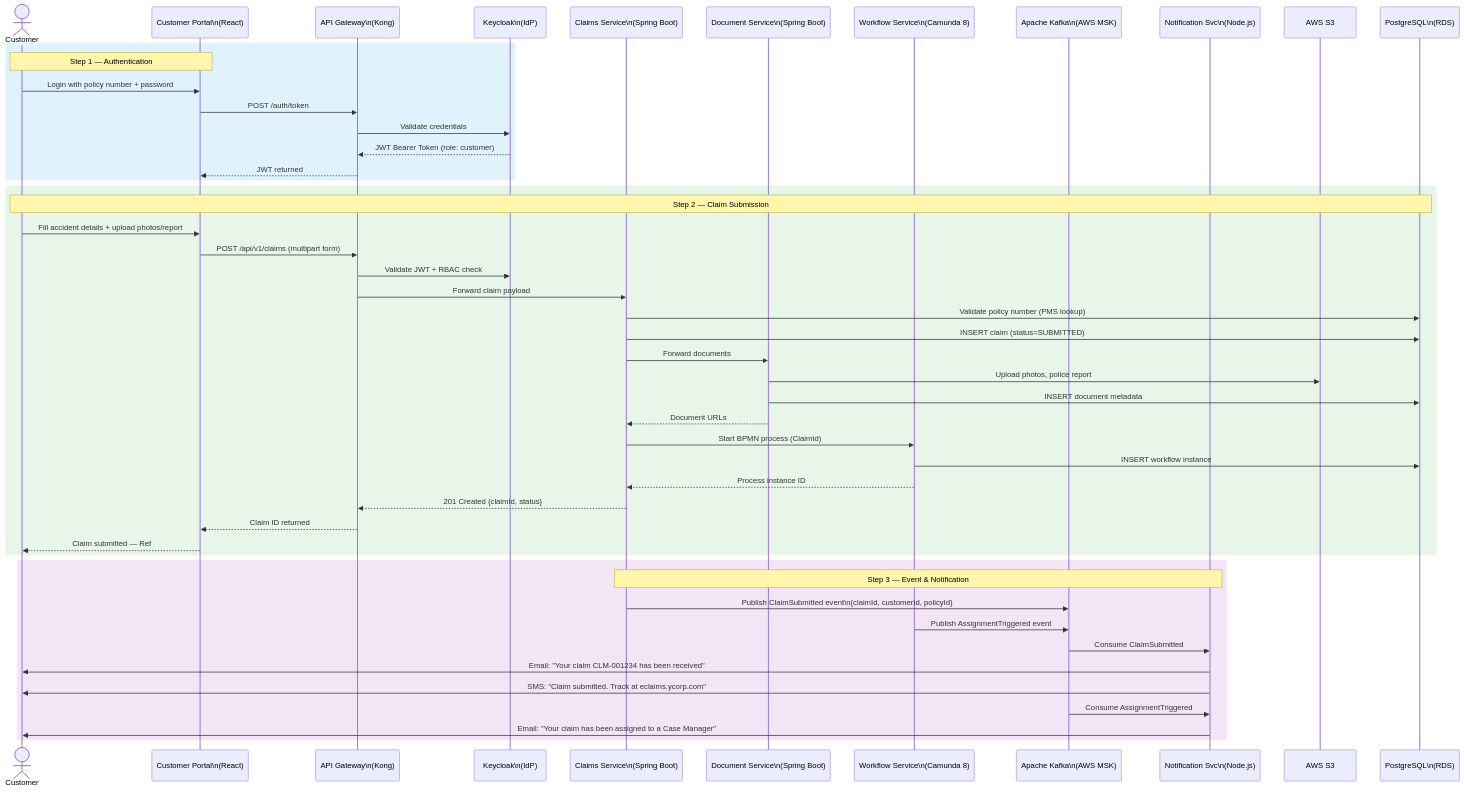
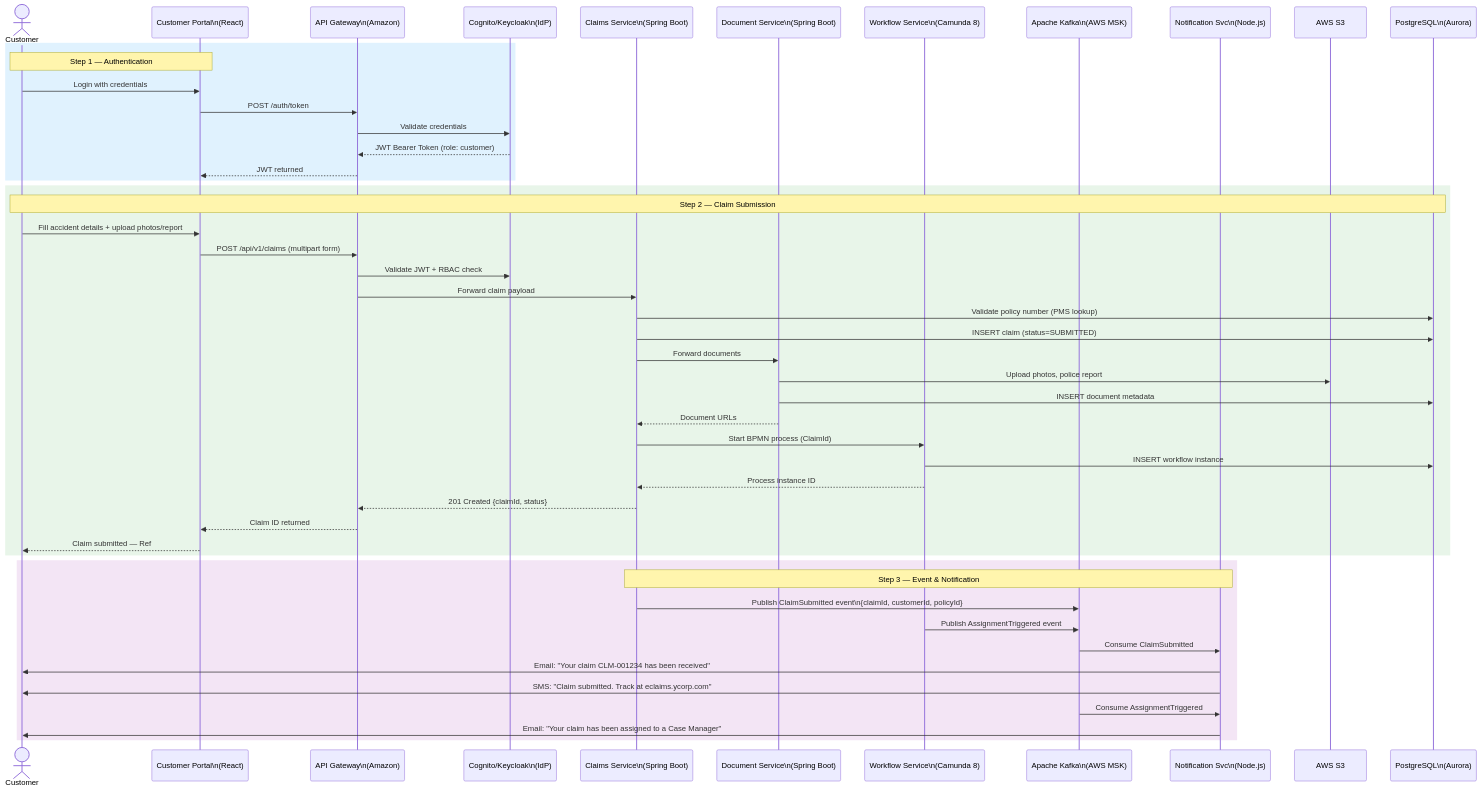
Before and after one commit to piyush5989/ycomp-auto-insurance-eclaim-system: the second of 2 diagrams in design-documents/solution-approach.md, drawn with Mermaid. The commit also changed other lines of this file and 22 other files, not shown here.

````diff
--- a/design-documents/solution-approach.md
+++ b/design-documents/solution-approach.md
@@ -497,55 +331,55 @@
 ```mermaid
 %%{init: {"theme": "default"}}%%
 sequenceDiagram
     actor C as Customer
     participant CP as Customer Portal\n(React)
-    participant GW as API Gateway\n(Kong)
-    participant KC as Keycloak\n(IdP)
+    participant GW as API Gateway\n(Amazon)
+    participant IDP as Cognito/Keycloak\n(IdP)
     participant CS as Claims Service\n(Spring Boot)
     participant DS as Document Service\n(Spring Boot)
     participant WFS as Workflow Service\n(Camunda 8)
     participant KB as Apache Kafka\n(AWS MSK)
     participant NS as Notification Svc\n(Node.js)
     participant S3 as AWS S3
-    participant DB as PostgreSQL\n(RDS)
+    participant DB as PostgreSQL\n(Aurora)
 
     rect rgb(224, 242, 254)
         Note over C,CP: Step 1 — Authentication
-        C->>CP: Login with policy number + password
+        C->>CP: Login with credentials
         CP->>GW: POST /auth/token
-        GW->>KC: Validate credentials
-        KC-->>GW: JWT Bearer Token (role: customer)
+        GW->>IDP: Validate credentials
+        IDP-->>GW: JWT Bearer Token (role: customer)
         GW-->>CP: JWT returned
     end
 
     rect rgb(232, 245, 233)
         Note over C,DB: Step 2 — Claim Submission
         C->>CP: Fill accident details + upload photos/report
         CP->>GW: POST /api/v1/claims (multipart form)
-        GW->>KC: Validate JWT + RBAC check
+        GW->>IDP: Validate JWT + RBAC check
         GW->>CS: Forward claim payload
         CS->>DB: Validate policy number (PMS lookup)
         CS->>DB: INSERT claim (status=SUBMITTED)
         CS->>DS: Forward documents
         DS->>S3: Upload photos, police report
         DS->>DB: INSERT document metadata
         DS-->>CS: Document URLs
         CS->>WFS: Start BPMN process (ClaimId)
         WFS->>DB: INSERT workflow instance
         WFS-->>CS: Process instance ID
         CS-->>GW: 201 Created {claimId, status}
         GW-->>CP: Claim ID returned
         CP-->>C: Claim submitted — Ref #CLM-2026-001234
     end
 
     rect rgb(243, 229, 245)
         Note over CS,NS: Step 3 — Event & Notification
         CS->>KB: Publish ClaimSubmitted event\n{claimId, customerId, policyId}
         WFS->>KB: Publish AssignmentTriggered event
         KB->>NS: Consume ClaimSubmitted
         NS->>C: Email: "Your claim CLM-001234 has been received"
         NS->>C: SMS: "Claim submitted. Track at eclaims.ycorp.com"
         KB->>NS: Consume AssignmentTriggered
         NS->>C: Email: "Your claim has been assigned to a Case Manager"
     end
 ```
````
